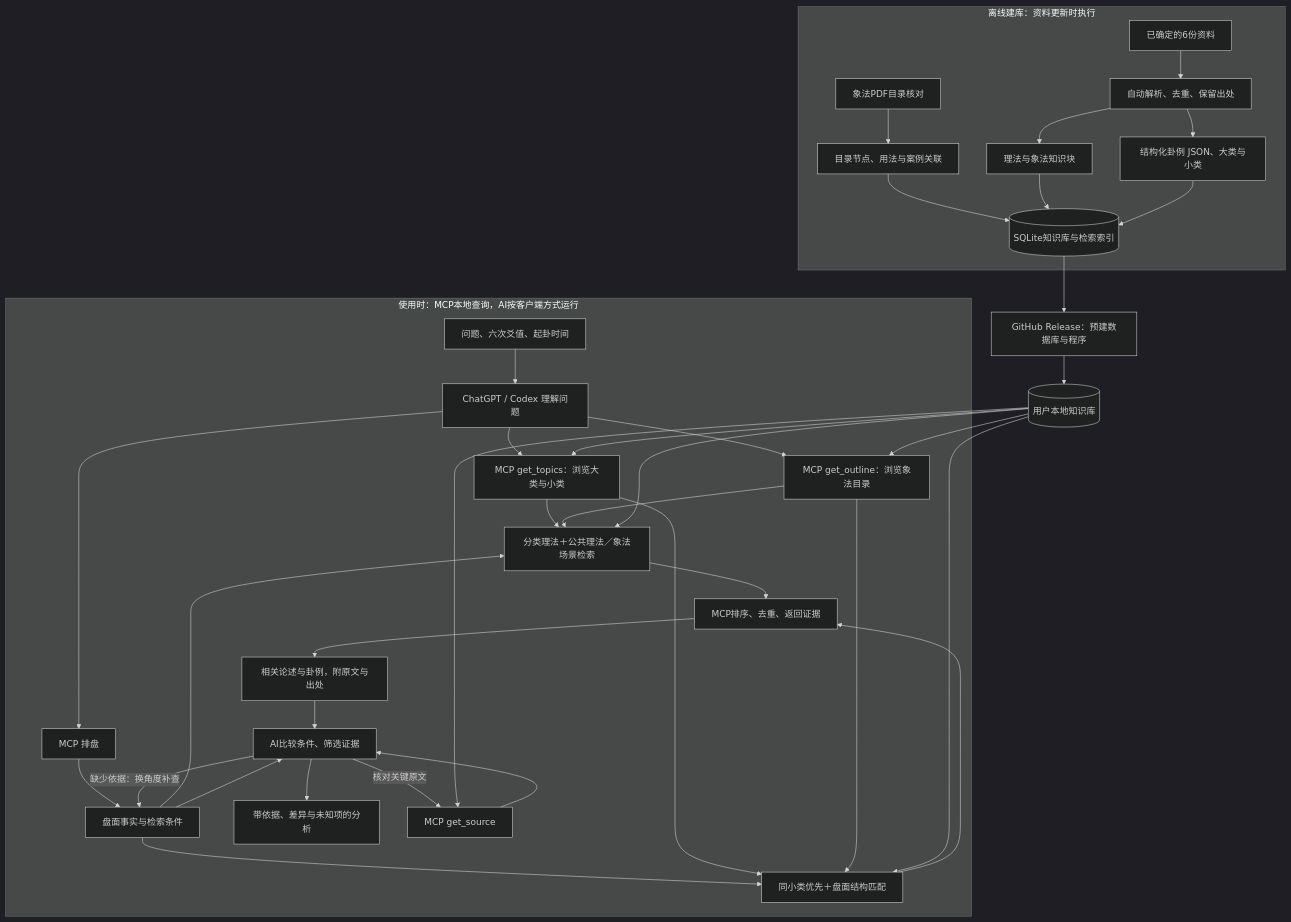
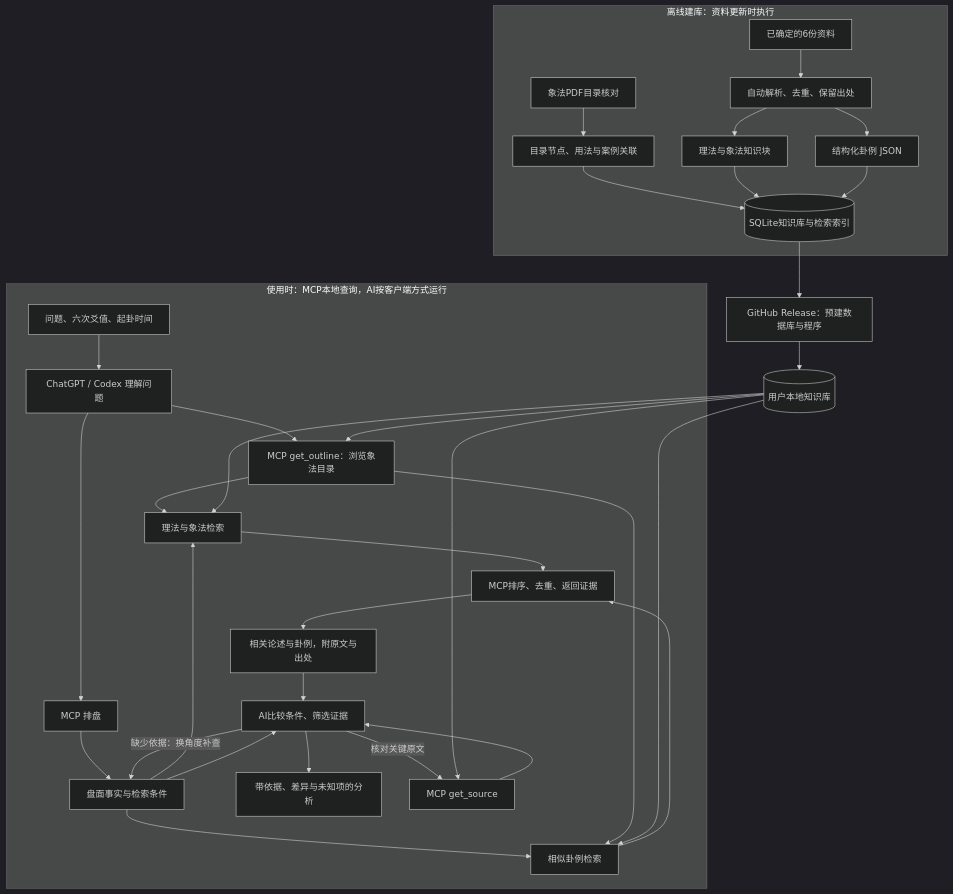
One commit to zhishengyk/liuyao changed the diagram in README.md. Above: the diagram before and after it, drawn with Mermaid (dark theme). The commit also changed other lines of this file and 33 other files, not shown here.

Commit message:
feat: validate source charts and scale retrieval in v0.6.2

````diff
--- a/README.md
+++ b/README.md
@@ -110,41 +104,37 @@
 ```mermaid
 flowchart TD
     subgraph Build["离线建库：资料更新时执行"]
         Books["已确定的6份资料"] --> Parse["自动解析、去重、保留出处"]
         Parse --> Rules["理法与象法知识块"]
-        Parse --> Cases["结构化卦例 JSON、大类与小类"]
+        Parse --> Cases["结构化卦例 JSON"]
         PDF["象法PDF目录核对"] --> OutlineDB["目录节点、用法与案例关联"]
         OutlineDB --> DB
         Rules --> DB[("SQLite知识库与检索索引")]
         Cases --> DB
     end
     DB --> Release["GitHub Release：预建数据库与程序"]
     Release --> Local[("用户本地知识库")]
     subgraph Use["使用时：MCP本地查询，AI按客户端方式运行"]
         User["问题、六次爻值、起卦时间"] --> AI["ChatGPT / Codex 理解问题"]
         AI --> Chart["MCP 排盘"]
         Chart --> Facts["盘面事实与检索条件"]
-        Facts --> RuleSearch["分类理法＋公共理法／象法场景检索"]
-        Facts --> CaseSearch["同小类优先＋盘面结构匹配"]
-        AI --> Topics["MCP get_topics：浏览大类与小类"]
-        Topics --> RuleSearch
-        Topics --> CaseSearch
+        Facts --> RuleSearch["理法与象法检索"]
+        Facts --> CaseSearch["相似卦例检索"]
         AI --> Outline["MCP get_outline：浏览象法目录"]
         Outline --> RuleSearch
         Outline --> CaseSearch
         RuleSearch --> Merge["MCP排序、去重、返回证据"]
         CaseSearch --> Merge
         Merge --> Evidence["相关论述与卦例，附原文与出处"]
         Evidence --> Review["AI比较条件、筛选证据"]
         Facts --> Review
         Review --> Answer["带依据、差异与未知项的分析"]
         Review -->|"缺少依据：换角度补查"| Facts
         Review -->|"核对关键原文"| Source["MCP get_source"]
         Source --> Review
     end
     Local --> RuleSearch
     Local --> CaseSearch
     Local --> Source
     Local --> Outline
-    Local --> Topics
 ```
````
